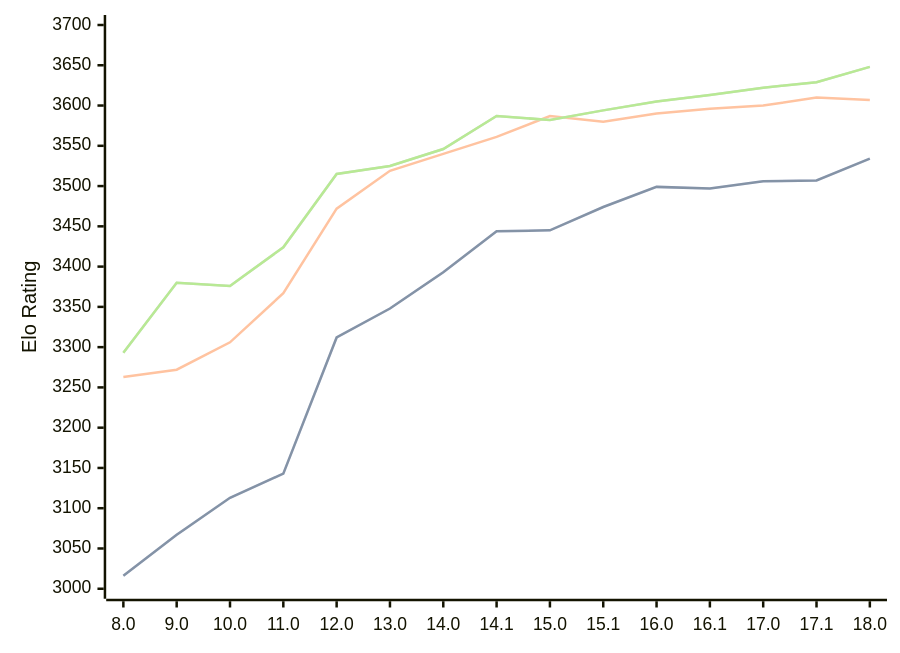
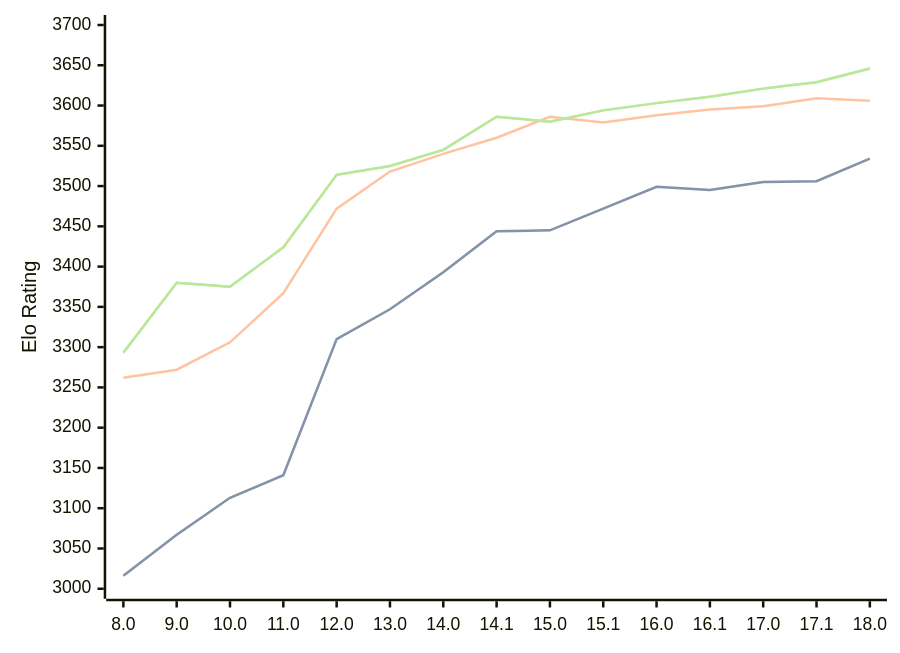
The diagram in engines/Stockfish.md (computer-chess-index/cci), drawn with Mermaid before and after one commit. The commit also changed other lines of this file, not shown here.

Commit message:
Update CCI Ratings (ELO VLTC) - 2026-04-06

````diff
--- a/engines/Stockfish.md
+++ b/engines/Stockfish.md
@@ -46,11 +46,11 @@
 ```mermaid
 %%{init: {"theme":"base","themeVariables":{"seriesColors:['#a3a3a3','#222221','#faa371']}}}%%
 xychart-beta
   x-axis ["8.0", "9.0", "10.0", "11.0", "12.0", "13.0", "14.0", "14.1", "15.0", "15.1", "16.0", "16.1", "17.0", "17.1", "18.0"]
   y-axis "Elo Rating" 3000 --> 3700
-  line "STC (8.0+0.08s)" [3016, 3067, 3113, 3143, 3312, 3348, 3393, 3444, 3445, 3474, 3499, 3497, 3506, 3507, 3534]
-  line "STC (8.0+0.08s)" [3016, 3067, 3113, 3143, 3312, 3348, 3393, 3444, 3445, 3474, 3499, 3497, 3506, 3507, 3534]
-  line "LTC (60.0+0.60s)" [3263, 3272, 3306, 3367, 3472, 3519, 3540, 3561, 3587, 3580, 3590, 3596, 3600, 3610, 3607]
-  line "VLTC (2m24s+1.12s)" [3293, 3380, 3376, 3424, 3515, 3525, 3546, 3587, 3582, 3594, 3605, 3613, 3622, 3629, 3648]
-  line "VLTC (2m24s+1.12s)" [3293, 3380, 3376, 3424, 3515, 3525, 3546, 3587, 3582, 3594, 3605, 3613, 3622, 3629, 3648]
+  line "STC (8.0+0.08s)" [3016, 3067, 3113, 3141, 3310, 3347, 3393, 3444, 3445, 3472, 3499, 3495, 3505, 3506, 3534]
+  line "STC (8.0+0.08s)" [3016, 3067, 3113, 3141, 3310, 3347, 3393, 3444, 3445, 3472, 3499, 3495, 3505, 3506, 3534]
+  line "LTC (60.0+0.60s)" [3262, 3272, 3306, 3367, 3472, 3518, 3540, 3560, 3586, 3579, 3588, 3595, 3599, 3609, 3606]
+  line "VLTC (2m24s+1.12s)" [3293, 3380, 3375, 3424, 3514, 3525, 3545, 3586, 3580, 3594, 3603, 3611, 3621, 3629, 3646]
+  line "VLTC (2m24s+1.12s)" [3293, 3380, 3375, 3424, 3514, 3525, 3545, 3586, 3580, 3594, 3603, 3611, 3621, 3629, 3646]
 ```
````
